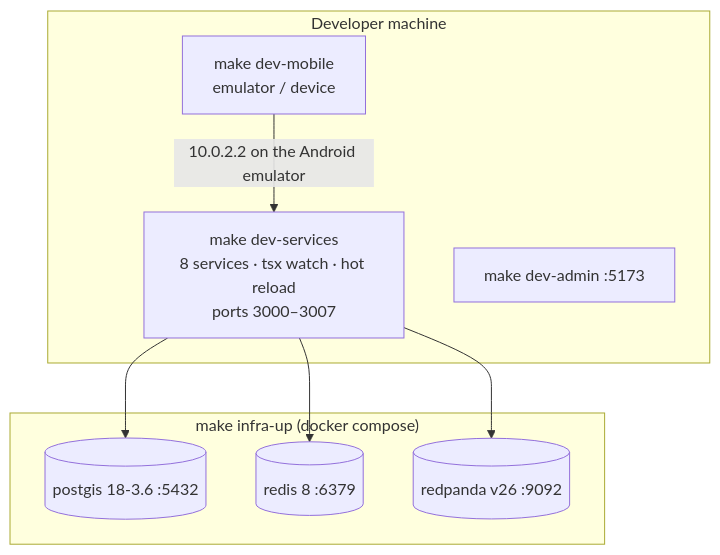
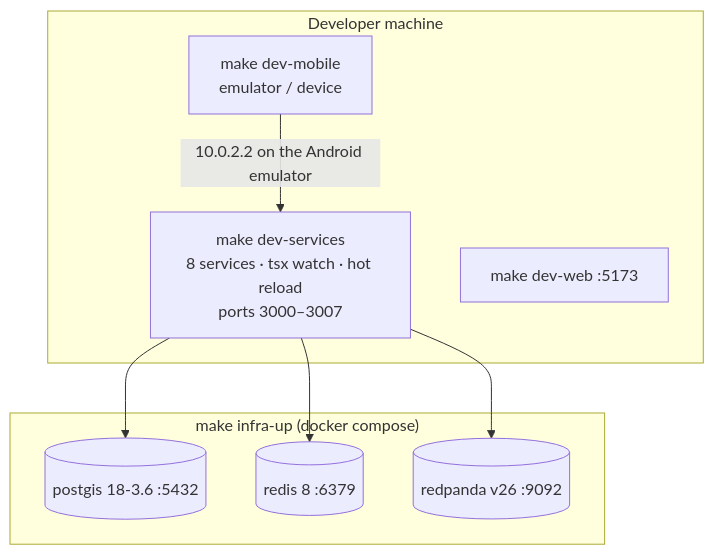
One commit to beab1212/Anbessa changed diagram 15 of 17 in docs/architecture/overview.md. Above: the diagram before and after it, drawn with Mermaid. The commit also changed other lines of this file and 36 other files, not shown here.

Commit message:
Refactor project structure to replace 'rider-app' with 'phone-app' and 'admin-dashboard' with 'web'. Update configurations, documentation, and workspace settings accordingly. Enhance README to reflect new app roles and functionalities, ensuring clarity on the phone and web app distinctions.

````diff
--- a/docs/architecture/overview.md
+++ b/docs/architecture/overview.md
@@ -549,15 +549,15 @@
 ```mermaid
 flowchart TB
   subgraph Host["Developer machine"]
     Dev["make dev-services<br/>8 services · tsx watch · hot reload<br/>ports 3000–3007"]
-    AdminDev["make dev-admin :5173"]
+    AdminDev["make dev-web :5173"]
     Mobile["make dev-mobile<br/>emulator / device"]
   end
   subgraph Compose["make infra-up (docker compose)"]
     PG[(postgis 18-3.6 :5432)]
     RD[(redis 8 :6379)]
     RP[(redpanda v26 :9092)]
   end
   Dev --> PG & RD & RP
   Mobile -->|10.0.2.2 on the Android emulator| Dev
 ```
````
